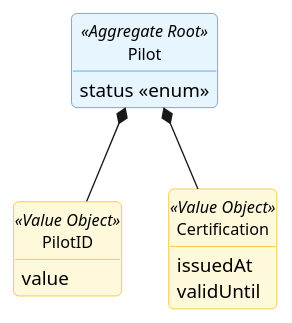
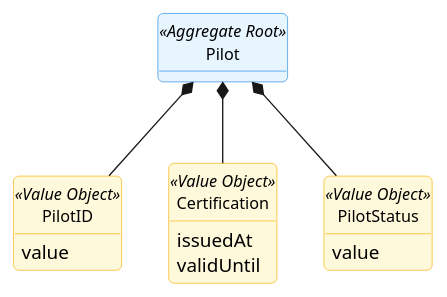
The diagram in docs/global-artifacts/02.analysis/puml/Aggregates/PilotAggregate.puml (GustavoFerreira24/flight-management-platform), drawn with PlantUML before and after one commit. The commit also changed 15 other files, not shown here.

```diff
--- a/docs/global-artifacts/02.analysis/puml/Aggregates/PilotAggregate.puml
+++ b/docs/global-artifacts/02.analysis/puml/Aggregates/PilotAggregate.puml
@@ -1,42 +1,46 @@
 @startuml
 skinparam {
     BackgroundColor white
     RoundCorner 8
     Shadowing false
     Handwritten false
     ClassAttributeIconSize 0
 
     ClassBackgroundColor white
     ClassBorderColor #495057
     ClassFontSize 12
 
     ClassBackgroundColor<<Aggregate Root>> #E7F5FF
     ClassBorderColor<<Aggregate Root>> #228BE6
 
     ClassBackgroundColor<<Value Object>> #FFF9DB
     ClassBorderColor<<Value Object>> #FAB005
 
     ClassBackgroundColor<<Entity>> #F3F0FF
     ClassBorderColor<<Entity>> #7950F2
 }
 hide circle
 hide methods
 
 
-class Pilot <<Aggregate Root>>{
-        status <<enum>>
-}
+ class Pilot <<Aggregate Root>>{
+    }
 
-class PilotID <<Value Object>> {
+    class PilotID <<Value Object>> {
         value
-}
+    }
 
-class Certification <<Value Object>> {
+    class Certification <<Value Object>> {
         issuedAt
         validUntil
-}
+    }
 
-Pilot *-- PilotID
-Pilot *-- Certification
+    class PilotStatus <<Value Object>> {
+        value
+    }
+
+    Pilot *-- PilotID
+    Pilot *-- Certification
+    Pilot *-- PilotStatus
 
 @enduml
```
